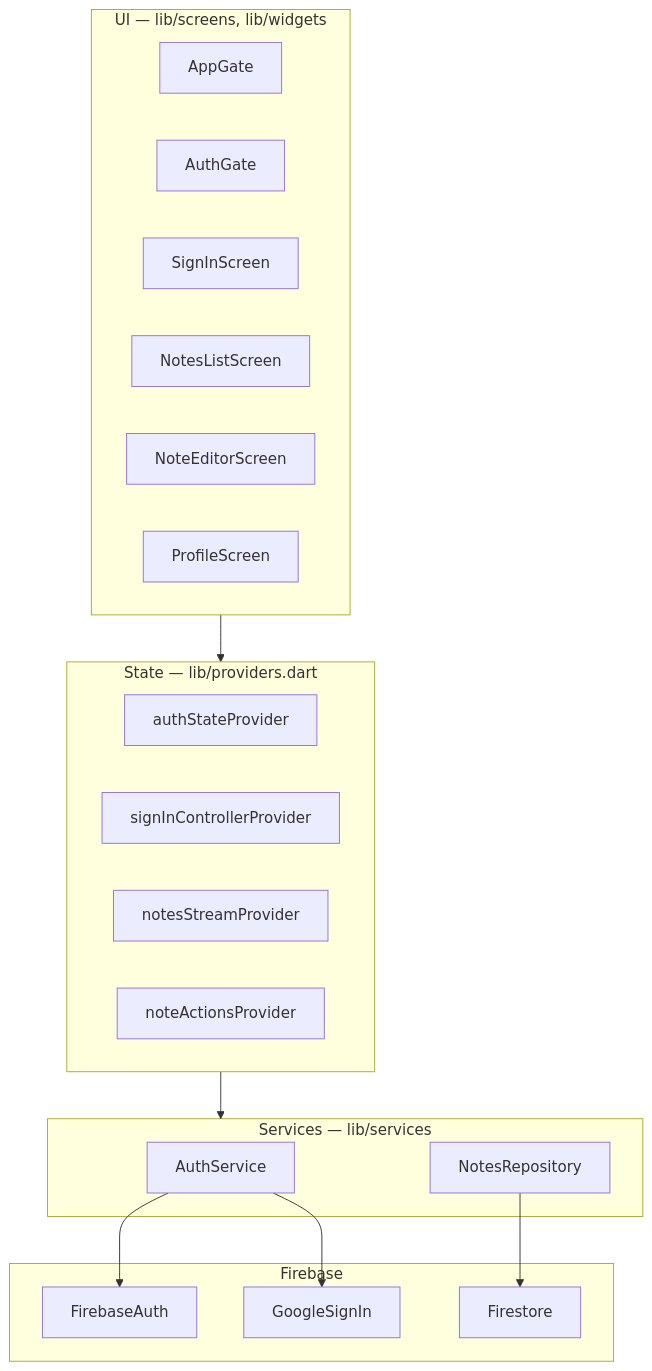
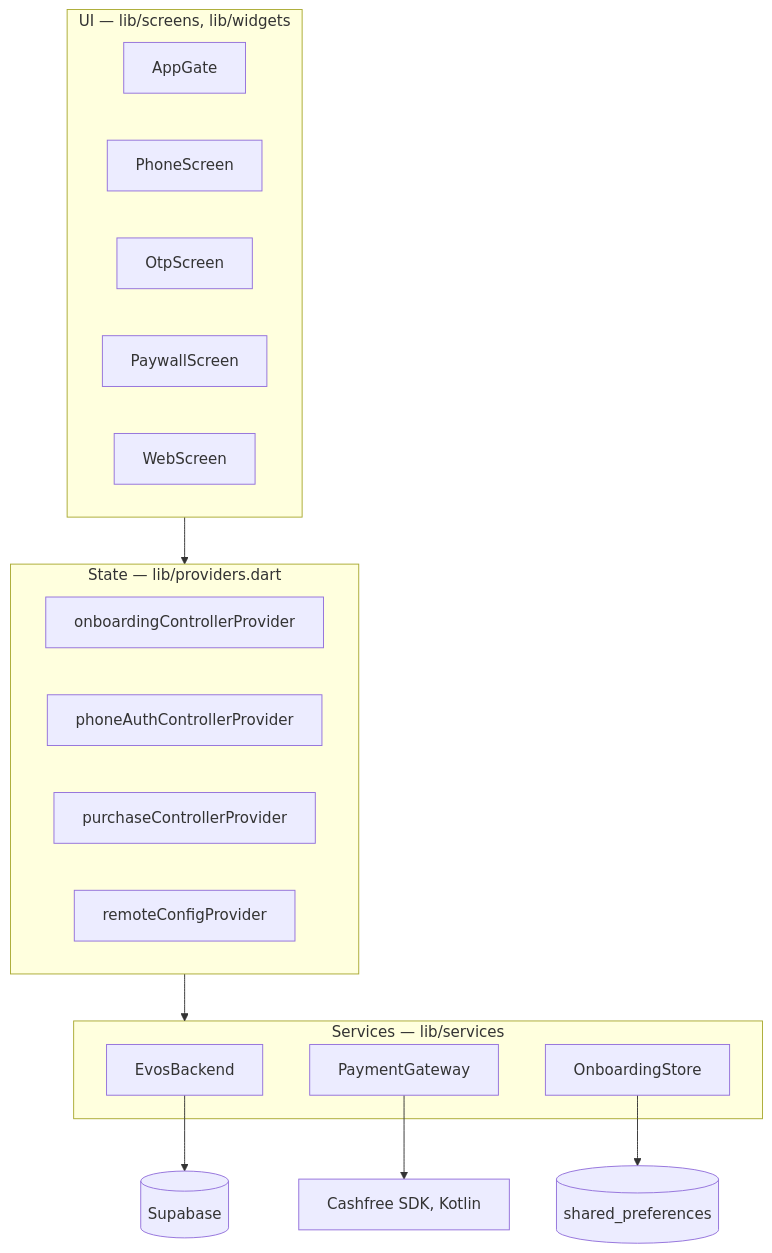
Before and after one commit to ayuzhBhakti/notes_app: the first of 2 diagrams in docs/02-architecture.md, drawn with Mermaid. The commit also changed other lines of this file and 51 other files, not shown here.

First line of the commit message:
Refactor onboarding flow tests to accommodate review account functionality and web page handling

````diff
--- a/docs/02-architecture.md
+++ b/docs/02-architecture.md
@@ -5,32 +5,27 @@
 ```mermaid
 flowchart TD
     subgraph UI["UI — lib/screens, lib/widgets"]
         AppGate
-        AuthGate
-        SignInScreen
-        NotesListScreen
-        NoteEditorScreen
-        ProfileScreen
+        PhoneScreen
+        OtpScreen
+        PaywallScreen
+        WebScreen
     end
     subgraph State["State — lib/providers.dart"]
-        authStateProvider
-        signInControllerProvider
-        notesStreamProvider
-        noteActionsProvider
+        onboardingControllerProvider
+        phoneAuthControllerProvider
+        purchaseControllerProvider
+        remoteConfigProvider
     end
     subgraph Data["Services — lib/services"]
-        AuthService
-        NotesRepository
-    end
-    subgraph Firebase
-        FirebaseAuth
-        GoogleSignIn
-        Firestore
+        EvosBackend
+        PaymentGateway
+        OnboardingStore
     end
 
     UI --> State
     State --> Data
-    AuthService --> FirebaseAuth
-    AuthService --> GoogleSignIn
-    NotesRepository --> Firestore
+    EvosBackend --> Supabase[(Supabase)]
+    PaymentGateway --> Cashfree[Cashfree SDK, Kotlin]
+    OnboardingStore --> Prefs[(shared_preferences)]
 ```
````
